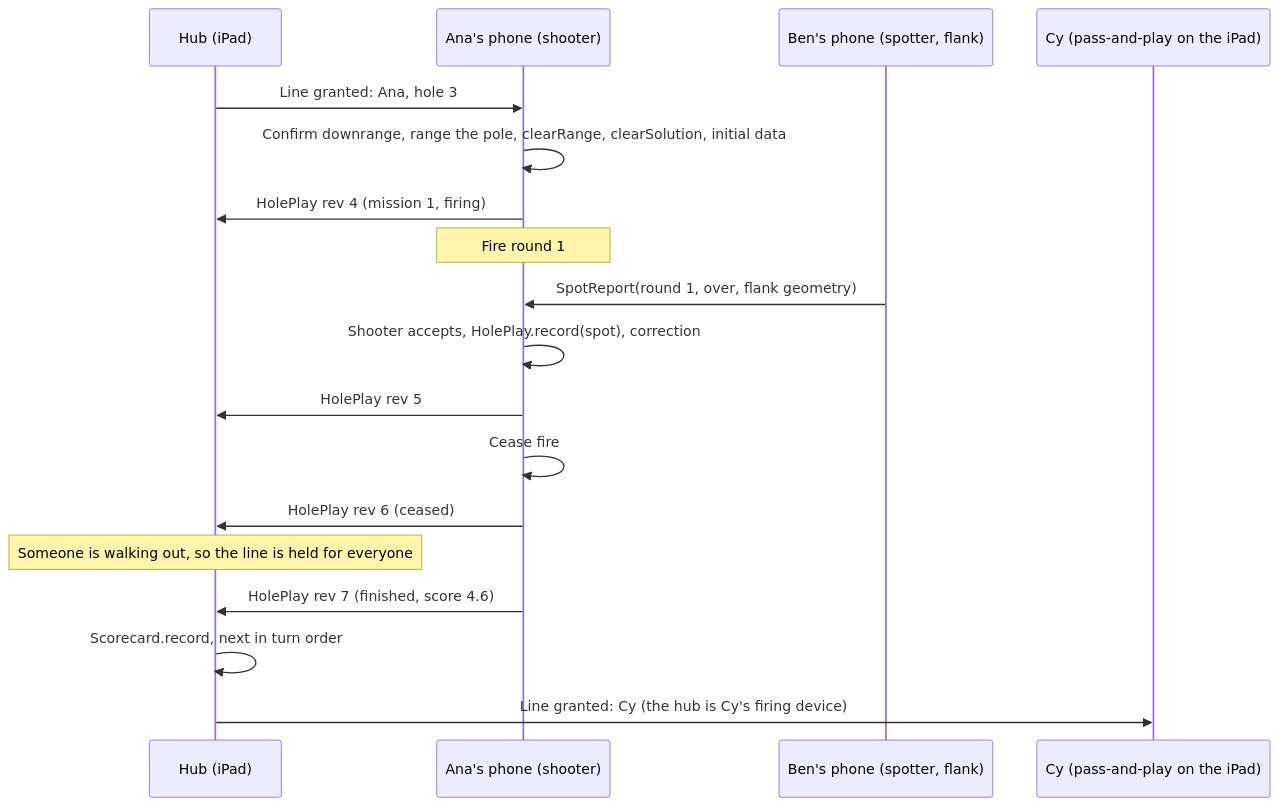
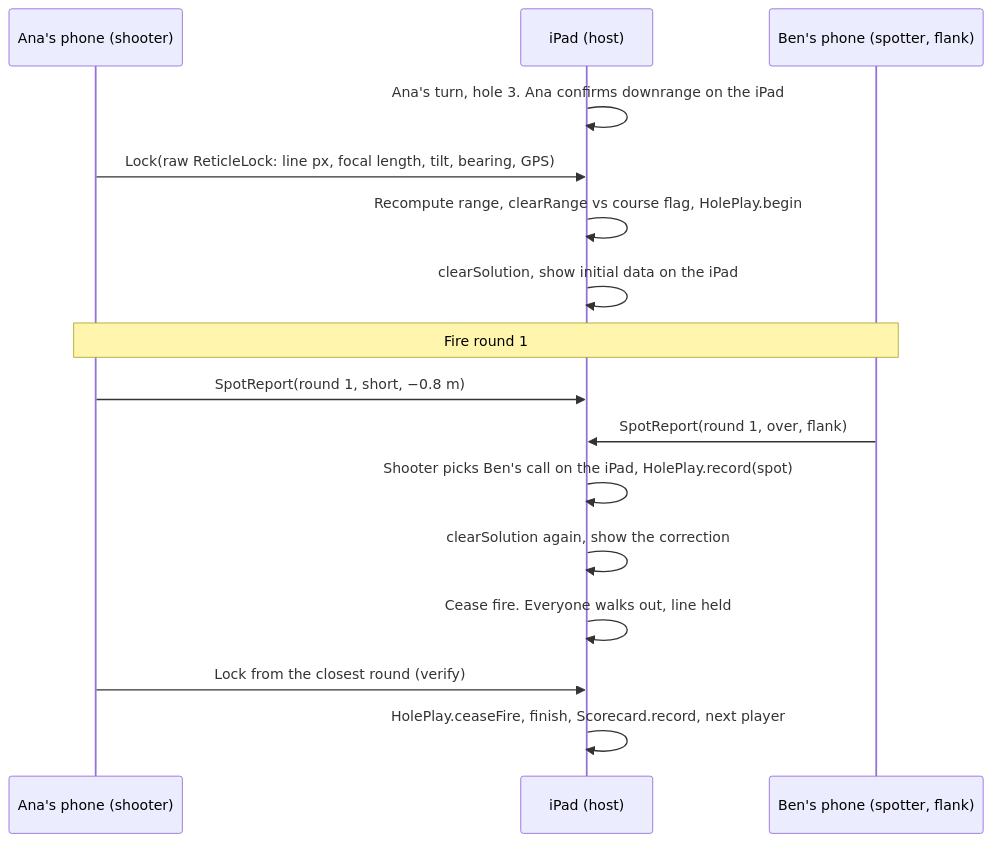
One commit to zacharyelston/BackyardBallistics changed the diagram in docs/GROUP_PLAY.md. Above: the diagram before and after it, drawn with Mermaid. The commit also changed other lines of this file and 1 other file, not shown here.

Commit message:
Group play: solo on a phone, Squadz mode hosted on an iPad that owns the shot

````diff
--- a/docs/GROUP_PLAY.md
+++ b/docs/GROUP_PLAY.md
@@ -52,20 +51,18 @@
 ```mermaid
 sequenceDiagram
-  participant H as Hub (iPad)
-  participant A as Ana's phone (shooter)
-  participant B as Ben's phone (spotter, flank)
-  participant C as Cy (pass-and-play on the iPad)
-  H->>A: Line granted: Ana, hole 3
-  A->>A: Confirm downrange, range the pole, clearRange, clearSolution, initial data
-  A->>H: HolePlay rev 4 (mission 1, firing)
-  Note over A: Fire round 1
-  B->>A: SpotReport(round 1, over, flank geometry)
-  A->>A: Shooter accepts, HolePlay.record(spot), correction
-  A->>H: HolePlay rev 5
-  A->>A: Cease fire
-  A->>H: HolePlay rev 6 (ceased)
-  Note over H: Someone is walking out, so the line is held for everyone
-  A->>H: HolePlay rev 7 (finished, score 4.6)
-  H->>H: Scorecard.record, next in turn order
-  H->>C: Line granted: Cy (the hub is Cy's firing device)
+  participant Ana as Ana's phone (shooter)
+  participant H as iPad (host)
+  participant Ben as Ben's phone (spotter, flank)
+  H->>H: Ana's turn, hole 3. Ana confirms downrange on the iPad
+  Ana->>H: Lock(raw ReticleLock: line px, focal length, tilt, bearing, GPS)
+  H->>H: Recompute range, clearRange vs course flag, HolePlay.begin
+  H->>H: clearSolution, show initial data on the iPad
+  Note over Ana,Ben: Fire round 1
+  Ana->>H: SpotReport(round 1, short, −0.8 m)
+  Ben->>H: SpotReport(round 1, over, flank)
+  H->>H: Shooter picks Ben's call on the iPad, HolePlay.record(spot)
+  H->>H: clearSolution again, show the correction
+  H->>H: Cease fire. Everyone walks out, line held
+  Ana->>H: Lock from the closest round (verify)
+  H->>H: HolePlay.ceaseFire, finish, Scorecard.record, next player
 ```
````
